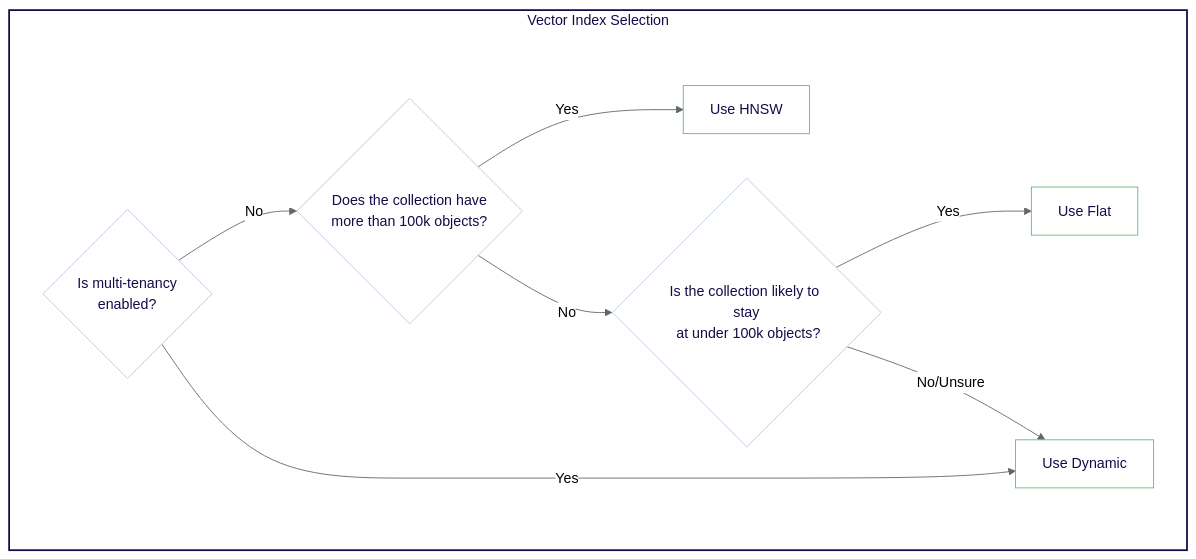
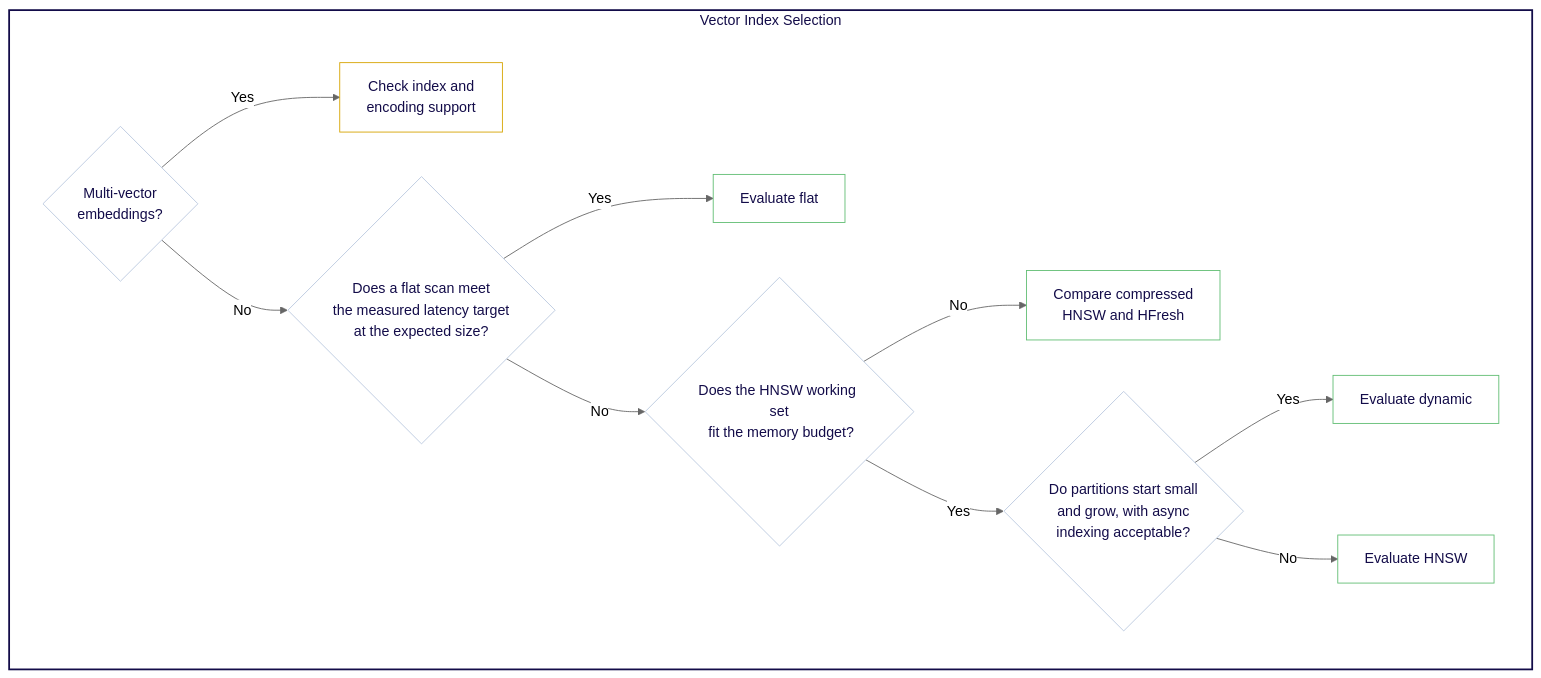
Before and after one commit to weaviate/docs: the first of 3 diagrams in docs/weaviate/starter-guides/managing-resources/index.md, drawn with Mermaid (neutral theme). The commit also changed other lines of this file and 3 other files, not shown here.

````diff
--- a/docs/weaviate/starter-guides/managing-resources/index.md
+++ b/docs/weaviate/starter-guides/managing-resources/index.md
@@ -99,30 +99,36 @@
 ```mermaid
 flowchart LR
     %% Define nodes and connections
     subgraph vectorIndex ["Vector Index Selection"]
         direction LR
-        multiTenant{"Is multi-tenancy<br> enabled?"}
-        objCount{"Does the collection have<br> more than 100k objects?"}
-        stayUnder{"Is the collection likely to stay<br> at under 100k objects?"}
+        multiVector{"Multi-vector<br> embeddings?"}
+        flatLatency{"Does a flat scan meet<br> the measured latency target<br> at the expected size?"}
+        hnswMemory{"Does the HNSW working set<br> fit the memory budget?"}
+        growing{"Do partitions start small<br> and grow, with async<br> indexing acceptable?"}
 
-        multiTenant -->|No| objCount
-        multiTenant -->|Yes| useDynamic["Use Dynamic"]
-        objCount -->|Yes| useHNSW["Use HNSW"]
-        objCount -->|No| stayUnder
-        stayUnder -->|Yes| useFlat["Use Flat"]
-        stayUnder -->|"No/Unsure"| useDynamic["Use Dynamic"]
+        multiVector -->|Yes| checkSupport["Check index and<br> encoding support"]
+        multiVector -->|No| flatLatency
+        flatLatency -->|Yes| useFlat["Evaluate flat"]
+        flatLatency -->|No| hnswMemory
+        hnswMemory -->|No| useHfresh["Compare compressed<br> HNSW and HFresh"]
+        hnswMemory -->|Yes| growing
+        growing -->|Yes| useDynamic["Evaluate dynamic"]
+        growing -->|No| useHNSW["Evaluate HNSW"]
     end
 
     %% Style nodes
-    style multiTenant fill:#ffffff,stroke:#B9C8DF,color:#130C49
-    style objCount fill:#ffffff,stroke:#B9C8DF,color:#130C49
-    style stayUnder fill:#ffffff,stroke:#B9C8DF,color:#130C49
+    style multiVector fill:#ffffff,stroke:#B9C8DF,color:#130C49
+    style flatLatency fill:#ffffff,stroke:#B9C8DF,color:#130C49
+    style hnswMemory fill:#ffffff,stroke:#B9C8DF,color:#130C49
+    style growing fill:#ffffff,stroke:#B9C8DF,color:#130C49
 
     %% Terminal nodes
     style useHNSW fill:#ffffff,stroke:#61BD73,color:#130C49
     style useFlat fill:#ffffff,stroke:#61BD73,color:#130C49
     style useDynamic fill:#ffffff,stroke:#61BD73,color:#130C49
+    style useHfresh fill:#ffffff,stroke:#61BD73,color:#130C49
+    style checkSupport fill:#ffffff,stroke:#D6A400,color:#130C49
 
     %% Style subgraph
     style vectorIndex fill:#ffffff,stroke:#130C49,stroke-width:2px,color:#130C49
 ```
````
